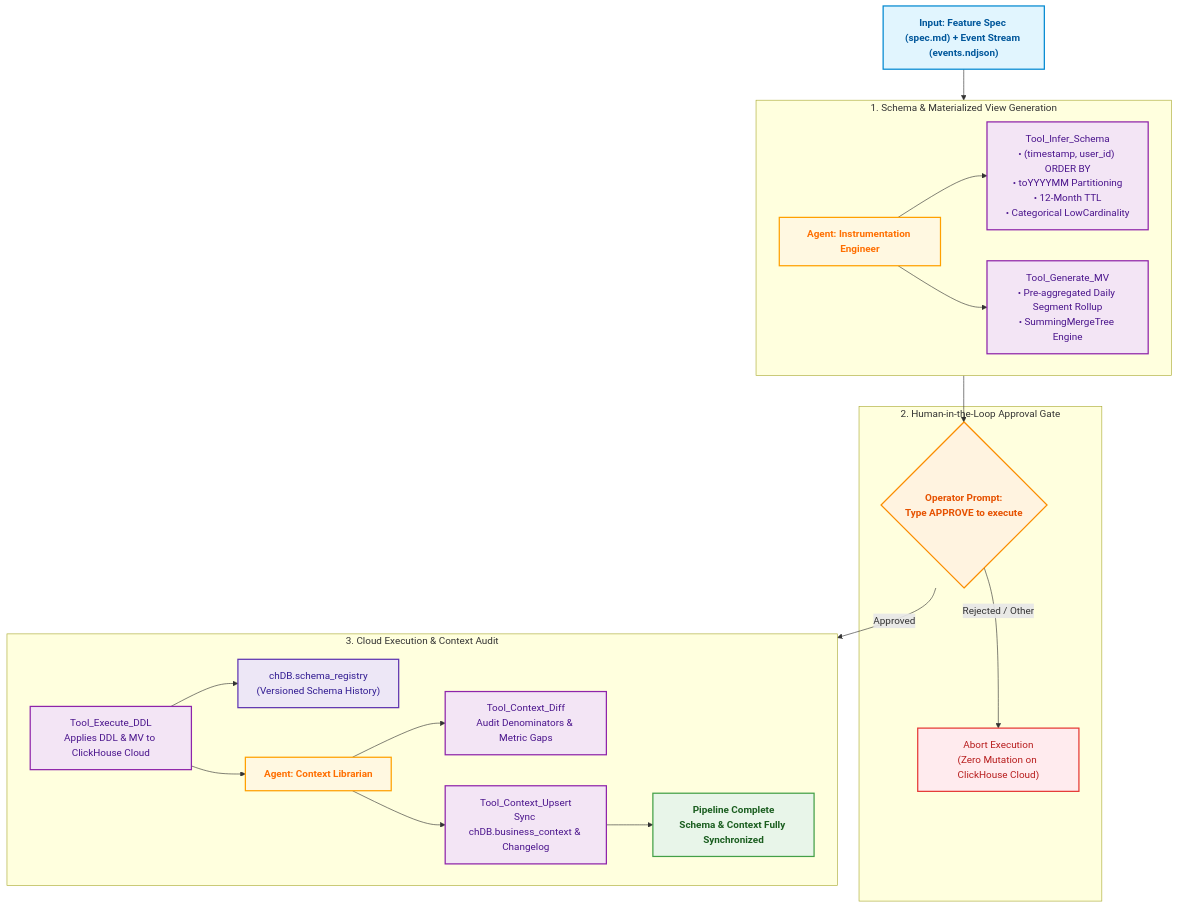
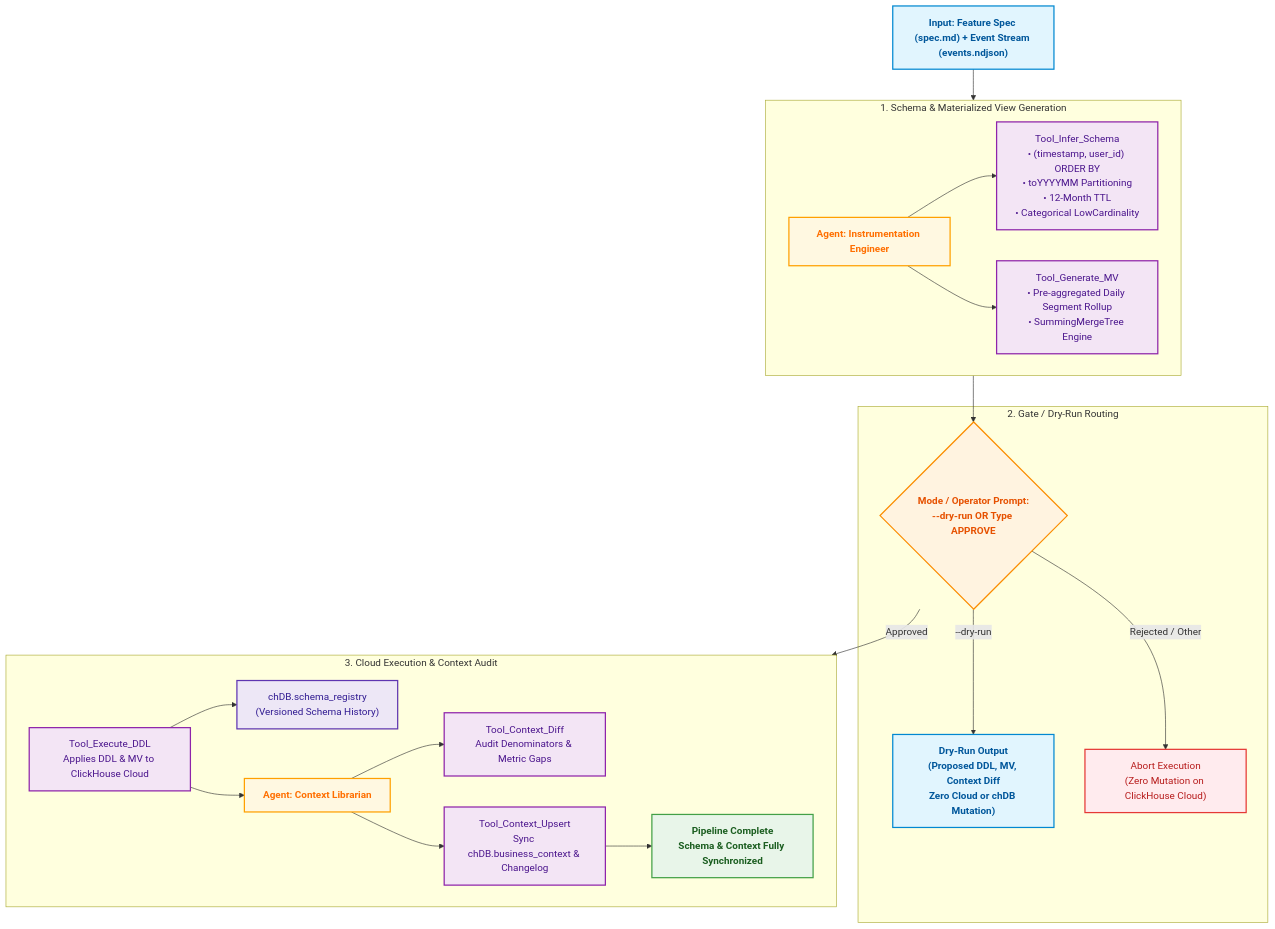
Before and after one commit to deepesh17feb/InsightMesh: the first of 2 diagrams in docs/cuj_architecture.md, drawn with Mermaid. The commit also changed 2 other files, not shown here.

Commit message:
feat(cuj1): add --dry-run mode for schema proposal and context diff without cloud mutation

````diff
--- a/docs/cuj_architecture.md
+++ b/docs/cuj_architecture.md
@@ -17,48 +17,51 @@
 ```mermaid
 flowchart TD
     %% Styling Classes
     classDef inputNode fill:#E1F5FE,stroke:#0288D1,stroke-width:2px,color:#01579B,font-weight:bold;
     classDef agentNode fill:#FFF8E1,stroke:#FFA000,stroke-width:2px,color:#FF6F00,font-weight:bold;
     classDef toolNode fill:#F3E5F5,stroke:#8E24AA,stroke-width:2px,color:#4A148C;
     classDef gateNode fill:#FFF3E0,stroke:#FB8C00,stroke-width:2px,color:#E65100,font-weight:bold;
     classDef abortNode fill:#FFEBEE,stroke:#E53935,stroke-width:2px,color:#B71C1C;
     classDef successNode fill:#E8F5E9,stroke:#43A047,stroke-width:2px,color:#1B5E20,font-weight:bold;
     classDef dbNode fill:#EDE7F6,stroke:#5E35B1,stroke-width:2px,color:#311B92;
 
     %% Pipeline Nodes
     Input["Input: Feature Spec (spec.md) + Event Stream (events.ndjson)"]:::inputNode
 
     subgraph S1 ["1. Schema & Materialized View Generation"]
         IE["Agent: Instrumentation Engineer"]:::agentNode
         T1["Tool_Infer_Schema<br/>• (timestamp, user_id) ORDER BY<br/>• toYYYYMM Partitioning<br/>• 12-Month TTL<br/>• Categorical LowCardinality"]:::toolNode
         T2["Tool_Generate_MV<br/>• Pre-aggregated Daily Segment Rollup<br/>• SummingMergeTree Engine"]:::toolNode
         IE --> T1
         IE --> T2
     end
 
-    subgraph S2 ["2. Human-in-the-Loop Approval Gate"]
-        Gate{"Operator Prompt:<br/>Type APPROVE to execute"}:::gateNode
+    %% Step 2
+    subgraph S2 ["2. Gate / Dry-Run Routing"]
+        Gate{"Mode / Operator Prompt:<br/>--dry-run OR Type APPROVE"}:::gateNode
+        DryRunPlan["Dry-Run Output<br/>(Proposed DDL, MV, Context Diff<br/>Zero Cloud or chDB Mutation)"]:::inputNode
         Abort["Abort Execution<br/>(Zero Mutation on ClickHouse Cloud)"]:::abortNode
     end
 
     subgraph S3 ["3. Cloud Execution & Context Audit"]
         T3["Tool_Execute_DDL<br/>Applies DDL & MV to ClickHouse Cloud"]:::toolNode
         Reg["chDB.schema_registry<br/>(Versioned Schema History)"]:::dbNode
         CL["Agent: Context Librarian"]:::agentNode
         T4["Tool_Context_Diff<br/>Audit Denominators & Metric Gaps"]:::toolNode
         T5["Tool_Context_Upsert<br/>Sync chDB.business_context & Changelog"]:::toolNode
         Done["Pipeline Complete<br/>Schema & Context Fully Synchronized"]:::successNode
 
         T3 --> Reg
         T3 --> CL
         CL --> T4
         CL --> T5
         T5 --> Done
     end
 
     %% Connections
     Input --> S1
     S1 --> Gate
+    Gate -->|--dry-run| DryRunPlan
     Gate -->|Rejected / Other| Abort
     Gate -->|Approved| S3
 ```
````
